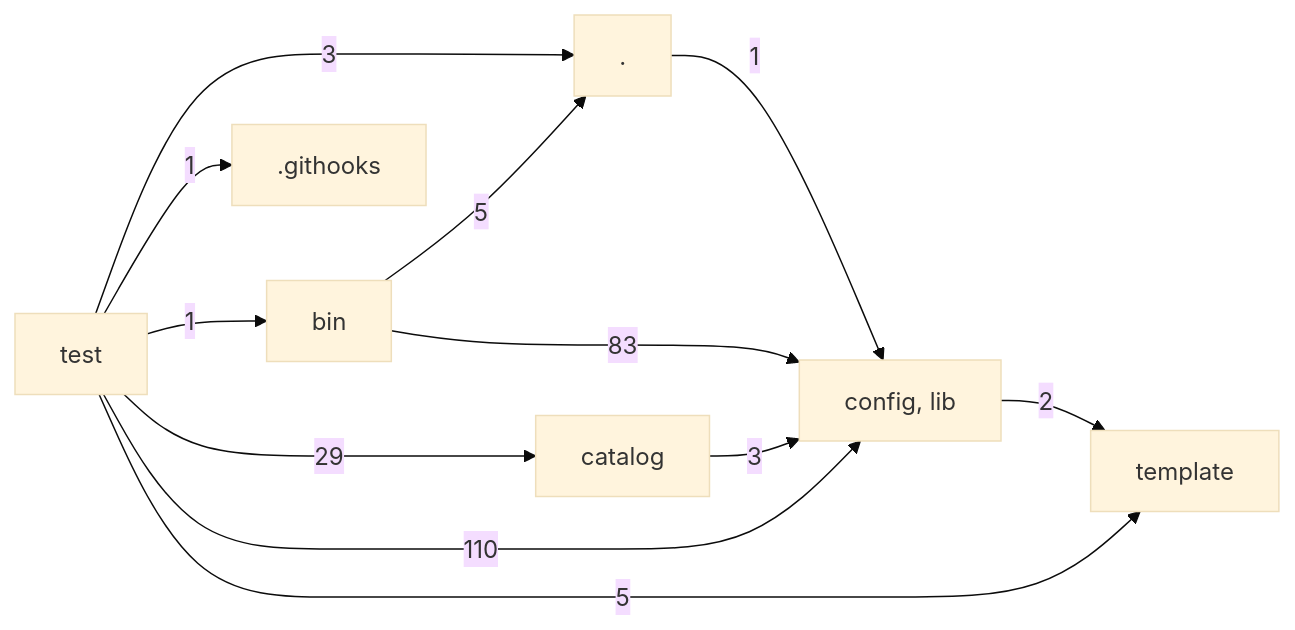
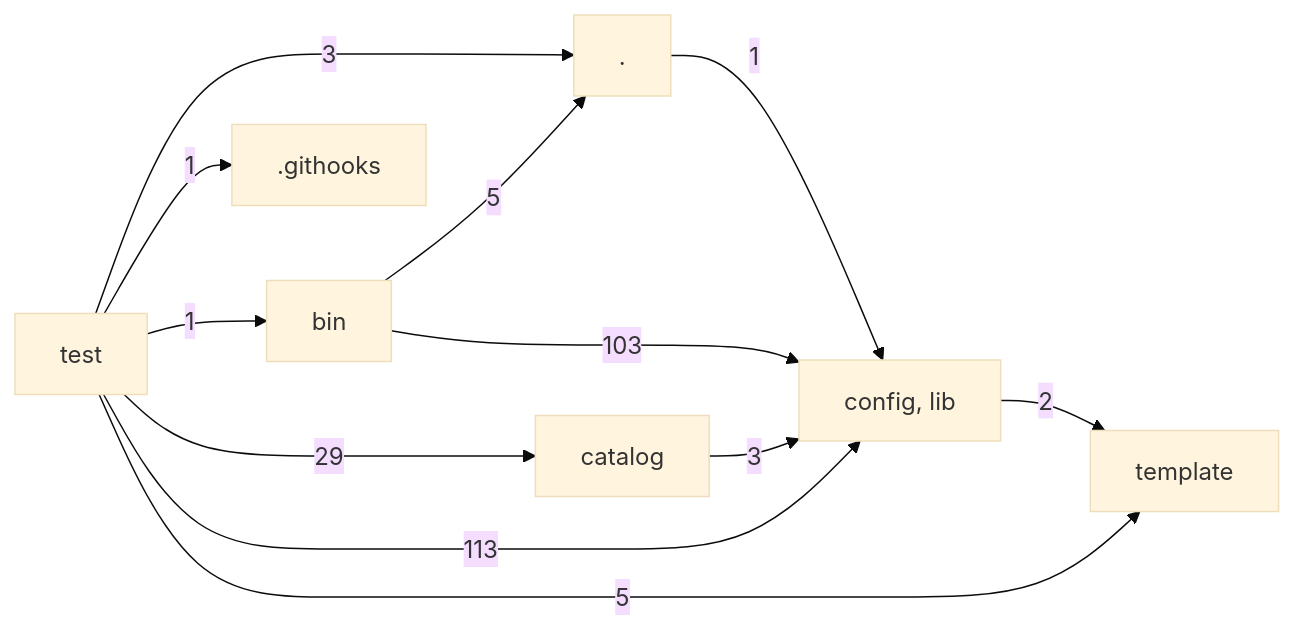
The diagram in docs/architecture/layers.md (hackersandwizards/scaffolding), drawn with Mermaid (base theme) before and after one commit. The commit also changed 84 other files, not shown here.

````diff
--- a/docs/architecture/layers.md
+++ b/docs/architecture/layers.md
@@ -3,21 +3,21 @@
 ```mermaid
 graph LR
   L0["."]
   L1[".githooks"]
   L2["bin"]
   L3["catalog"]
   L4["config, lib"]
   L5["template"]
   L6["test"]
   L0 -->|1| L4
   L2 -->|5| L0
-  L2 -->|83| L4
+  L2 -->|103| L4
   L3 -->|3| L4
   L4 -->|2| L5
   L6 -->|3| L0
   L6 -->|1| L1
   L6 -->|1| L2
   L6 -->|29| L3
-  L6 -->|110| L4
+  L6 -->|113| L4
   L6 -->|5| L5
 ```
````
